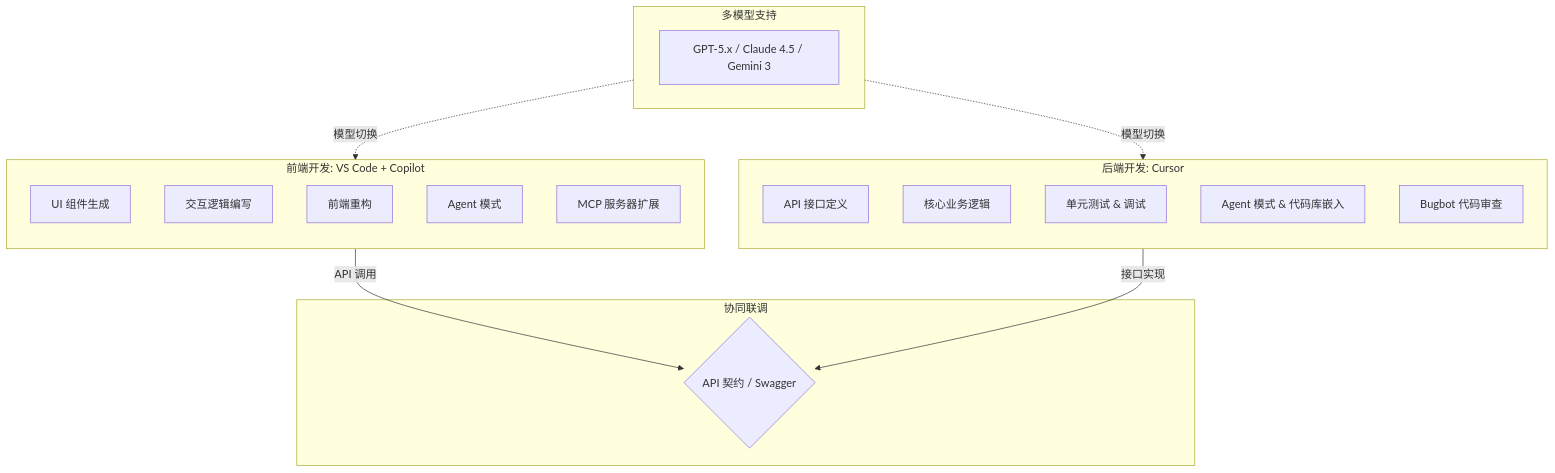
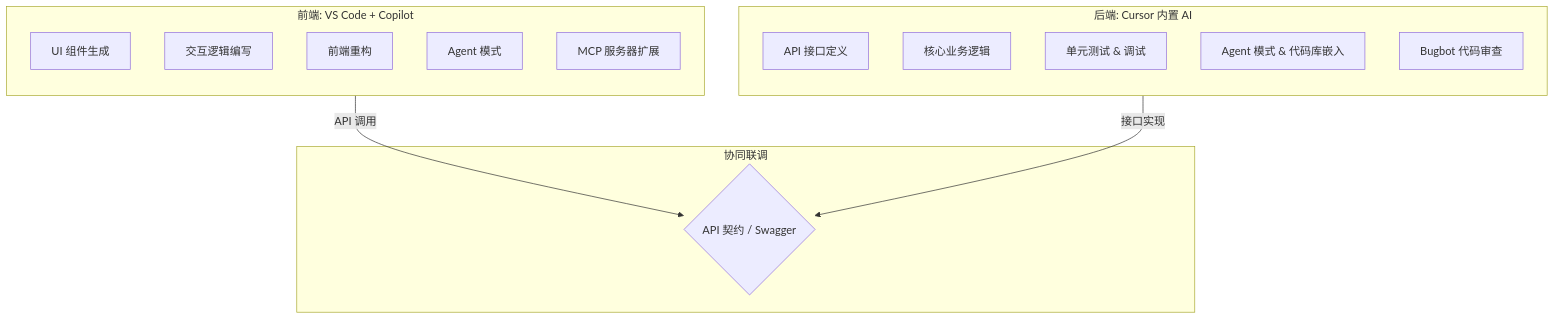
The second of 10 diagrams in README.md (hanwei808/ai-product-production-guide), drawn with Mermaid before and after one commit. The commit also changed other lines of this file, not shown here.

````diff
--- a/README.md
+++ b/README.md
@@ -86,33 +91,28 @@
 ```mermaid
 graph TD
-    subgraph Frontend_Zone [前端开发: VS Code + Copilot]
+    subgraph Frontend_Zone [前端: VS Code + Copilot]
         direction TB
         F1[UI 组件生成]
         F2[交互逻辑编写]
         F3[前端重构]
         F4[Agent 模式]
         F5[MCP 服务器扩展]
     end
 
-    subgraph Backend_Zone [后端开发: Cursor]
+    subgraph Backend_Zone [后端: Cursor 内置 AI]
         direction TB
         B1[API 接口定义]
         B2[核心业务逻辑]
         B3[单元测试 & 调试]
         B4[Agent 模式 & 代码库嵌入]
         B5[Bugbot 代码审查]
     end
 
-    subgraph Models [多模型支持]
-        M1[GPT-5.x / Claude 4.5 / Gemini 3]
-    end
 
     subgraph Integration [协同联调]
         API{API 契约 / Swagger}
     end
 
     Frontend_Zone -->|API 调用| API
     Backend_Zone -->|接口实现| API
-    Models -.->|模型切换| Frontend_Zone
-    Models -.->|模型切换| Backend_Zone
 ```
````
